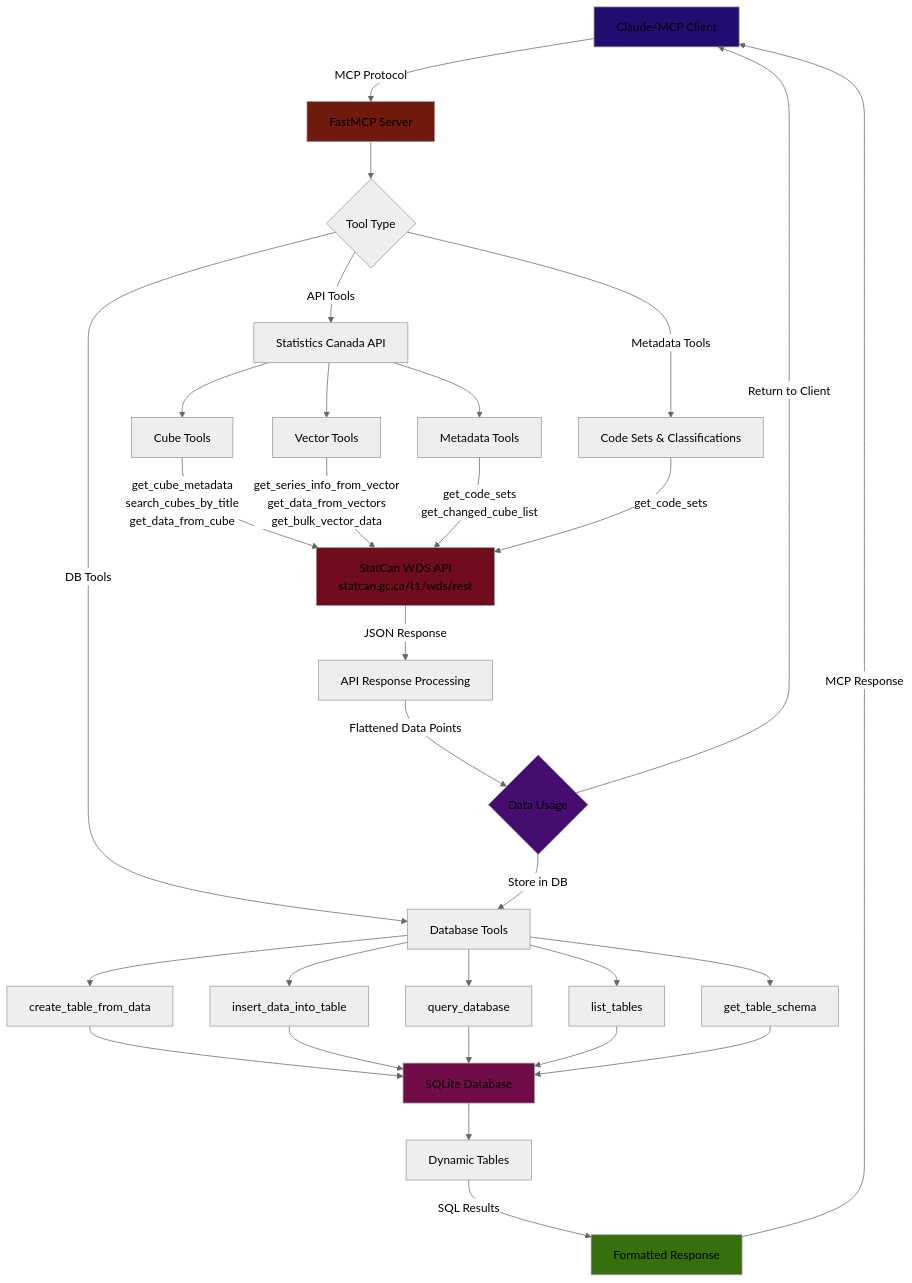
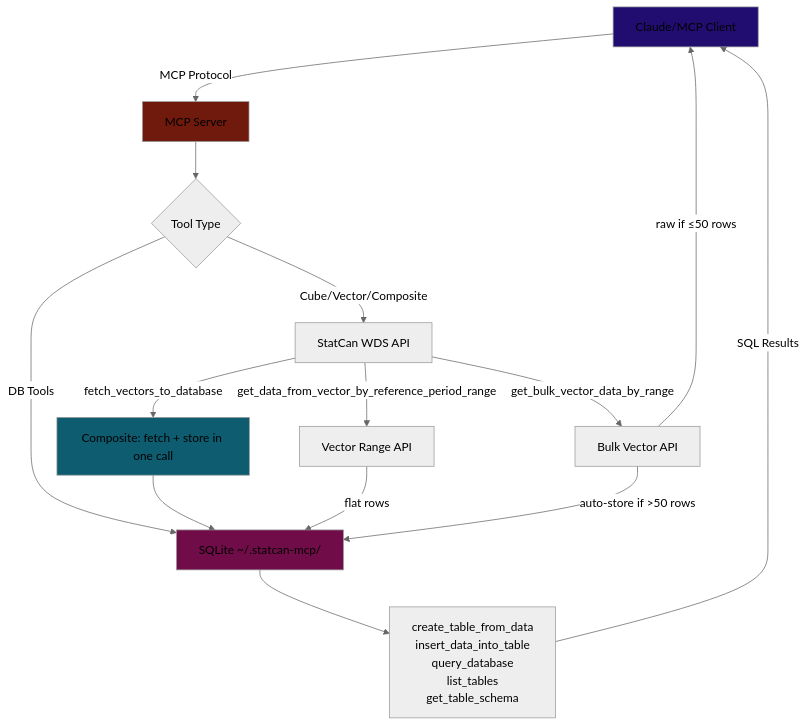
Before and after one commit to Aryan-Jhaveri/mcp-statcan: the diagram in IMPLEMENTATIONS.md, drawn with Mermaid (neutral theme). The commit also changed other lines of this file and 1 other file, not shown here.

````diff
--- a/IMPLEMENTATIONS.md
+++ b/IMPLEMENTATIONS.md
@@ -184,51 +178,26 @@
 ```mermaid
 flowchart TD
-    A[Claude/MCP Client] -->|MCP Protocol| B[FastMCP Server]
-    
+    A[Claude/MCP Client] -->|MCP Protocol| B[MCP Server]
+
     B --> C{Tool Type}
-    C -->|API Tools| D[Statistics Canada API]
-    C -->|DB Tools| M[Database Tools]
-    C -->|Metadata Tools| F[Code Sets & Classifications]
-    
-    D --> G[Cube Tools]
-    D --> H[Vector Tools]
-    D --> I[Metadata Tools]
+    C -->|Cube/Vector/Composite| D[StatCan WDS API]
+    C -->|DB Tools| E[SQLite ~/.statcan-mcp/]
 
-    E[SQLite Database]
-    
-    G -->|get_cube_metadata<br/>search_cubes_by_title<br/>get_data_from_cube| J[StatCan WDS API<br/>statcan.gc.ca/t1/wds/rest]
-    H -->|get_series_info_from_vector<br/>get_data_from_vectors<br/>get_bulk_vector_data| J
-    I -->|get_code_sets<br/>get_changed_cube_list| J
-    
-    J -->|JSON Response| K[API Response Processing]
-    K -->|Flattened Data Points| L{Data Usage}
-    
-    L -->|Return to Client| A
-    L -->|Store in DB| M[Database Tools]
-    
-    M --> N[create_table_from_data]
-    M --> O[insert_data_into_table] 
-    M --> P[query_database]
-    M --> Q[list_tables]
-    M --> R[get_table_schema]
-    
-    N --> E
-    O --> E
-    P --> E
-    Q --> E
-    R --> E
-    
-    E --> S[Dynamic Tables]
-    
-    S -->|SQL Results| T[Formatted Response]
-    T -->|MCP Response| A
-    
-    F -->|get_code_sets| J
-    
+    D -->|fetch_vectors_to_database| F[Composite: fetch + store in one call]
+    F --> E
+
+    D -->|get_data_from_vector_by_reference_period_range| G[Vector Range API]
+    G -->|flat rows| E
+
+    D -->|get_bulk_vector_data_by_range| H[Bulk Vector API]
+    H -->|auto-store if >50 rows| E
+    H -->|raw if ≤50 rows| A
+
+    E --> I[create_table_from_data<br/>insert_data_into_table<br/>query_database<br/>list_tables<br/>get_table_schema]
+    I -->|SQL Results| A
+
     style A fill:#210d70
     style B fill:#70190d
     style E fill:#700d49
-    style L fill:#450d70
-    style T fill:#35700d
-    style J fill:#700d1c
+    style F fill:#0d5c70
 ```
````
